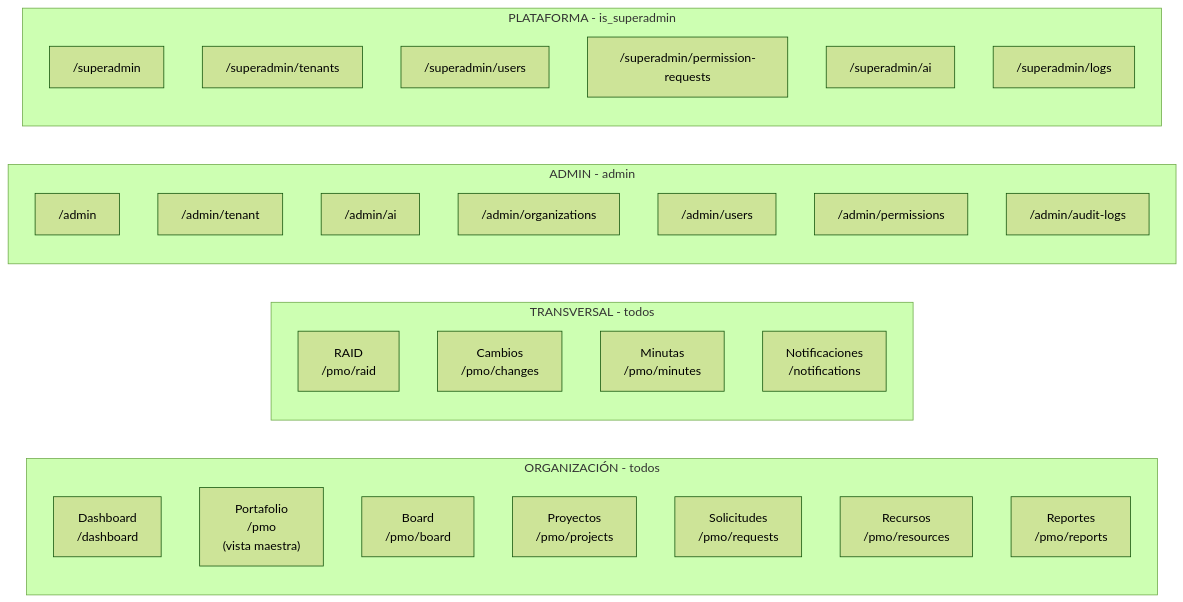
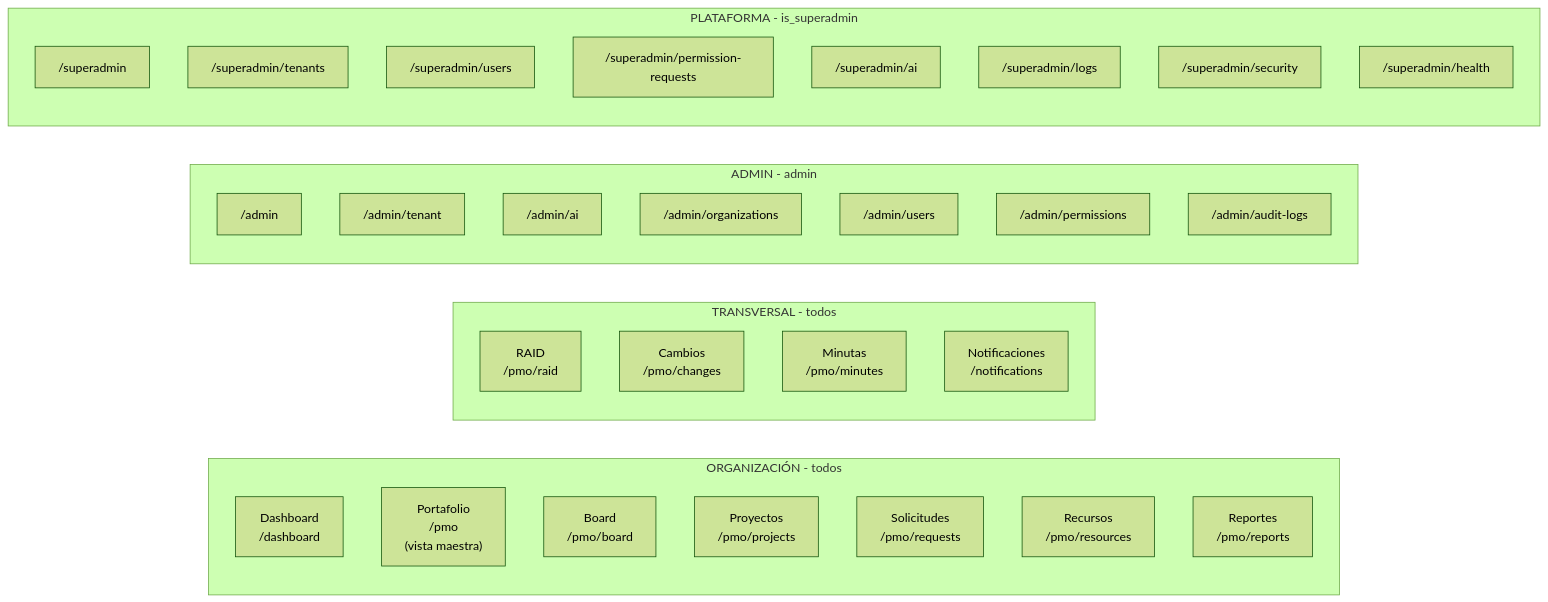
Before and after one commit to xguilxr/pmo_aas: the second of 8 diagrams in docs/architecture/navigation.md, drawn with Mermaid (forest theme). The commit also changed other lines of this file and 1 other file, not shown here.

First line of the commit message:
docs(architecture): actualiza mapa-frontend.md y navigation.md al revamp v2

````diff
--- a/docs/architecture/navigation.md
+++ b/docs/architecture/navigation.md
@@ -183,38 +184,40 @@
 ```mermaid
 flowchart LR
     subgraph ORG ["ORGANIZACIÓN - todos"]
         N1["Dashboard<br/>/dashboard"]
         N2["Portafolio<br/>/pmo<br/>(vista maestra)"]
         N2b["Board<br/>/pmo/board"]
         N3["Proyectos<br/>/pmo/projects"]
         N4["Solicitudes<br/>/pmo/requests"]
         N5["Recursos<br/>/pmo/resources"]
         N6["Reportes<br/>/pmo/reports"]
     end
 
     subgraph TRANS ["TRANSVERSAL - todos"]
         T1["RAID<br/>/pmo/raid"]
         T2["Cambios<br/>/pmo/changes"]
         T3["Minutas<br/>/pmo/minutes"]
         T4["Notificaciones<br/>/notifications"]
     end
 
     subgraph ADMIN_NAV ["ADMIN - admin"]
         A0["/admin"]
         A1["/admin/tenant"]
         A2["/admin/ai"]
         A3["/admin/organizations"]
         A4["/admin/users"]
         A5["/admin/permissions"]
         A6["/admin/audit-logs"]
     end
 
     subgraph SUPER_NAV ["PLATAFORMA - is_superadmin"]
         S1["/superadmin"]
         S2["/superadmin/tenants"]
         S3["/superadmin/users"]
         S4["/superadmin/permission-requests"]
         S5["/superadmin/ai"]
         S6["/superadmin/logs"]
+        S7["/superadmin/security"]
+        S8["/superadmin/health"]
     end
 ```
````
